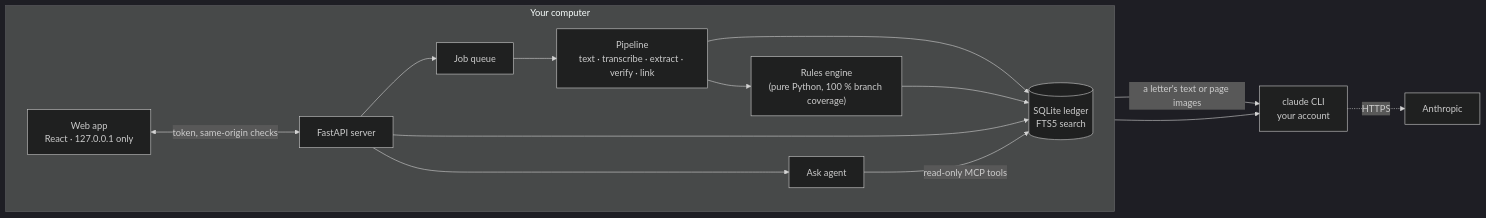
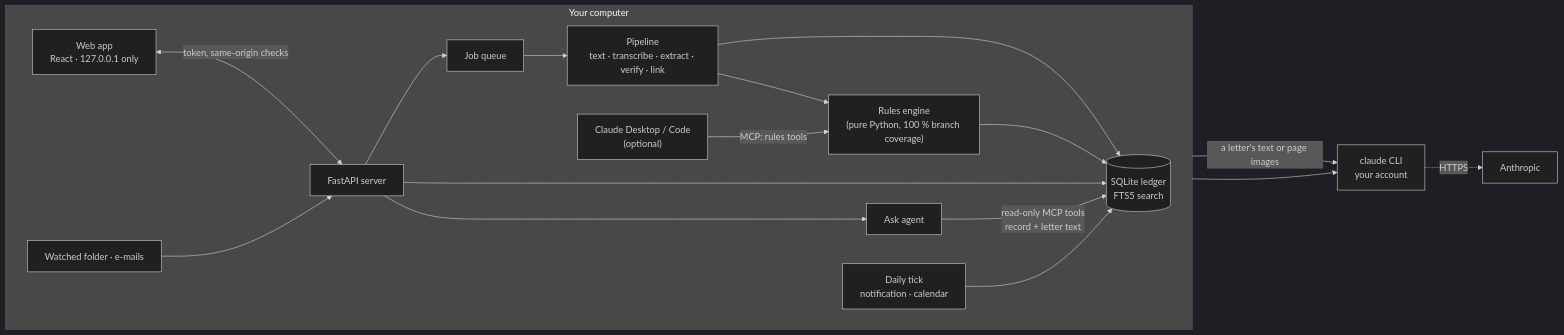
The diagram in README.md (ahmedEid1/ordnung), drawn with Mermaid (dark theme) before and after one commit. The commit also changed other lines of this file and 3 other files, not shown here.

````diff
--- a/README.md
+++ b/README.md
@@ -135,15 +317,18 @@
 ```mermaid
 flowchart LR
   subgraph PC["Your computer"]
     direction LR
     UI["Web app<br/>React · 127.0.0.1 only"] <-->|"token, same-origin checks"| API["FastAPI server"]
+    IN["Watched folder · e-mails"] --> API
     API --> Q["Job queue"] --> P["Pipeline<br/>text · transcribe · extract · verify · link"]
     P --> R["Rules engine<br/>(pure Python, 100 % branch coverage)"]
     P & R --> DB[("SQLite ledger<br/>FTS5 search")]
     API --> DB
-    API --> ASK["Ask agent"] -->|"read-only MCP tools"| DB
+    API --> ASK["Ask agent"] -->|"read-only MCP tools<br/>record + letter text"| DB
+    TICK["Daily tick<br/>notification · calendar"] --> DB
+    CD["Claude Desktop / Code<br/>(optional)"] -->|"MCP: rules tools"| R
   end
   P -- "a letter's text or page images" --> CLI["claude CLI<br/>your account"]
   ASK --> CLI
   CLI -. "HTTPS" .-> ANT["Anthropic"]
 ```
````
